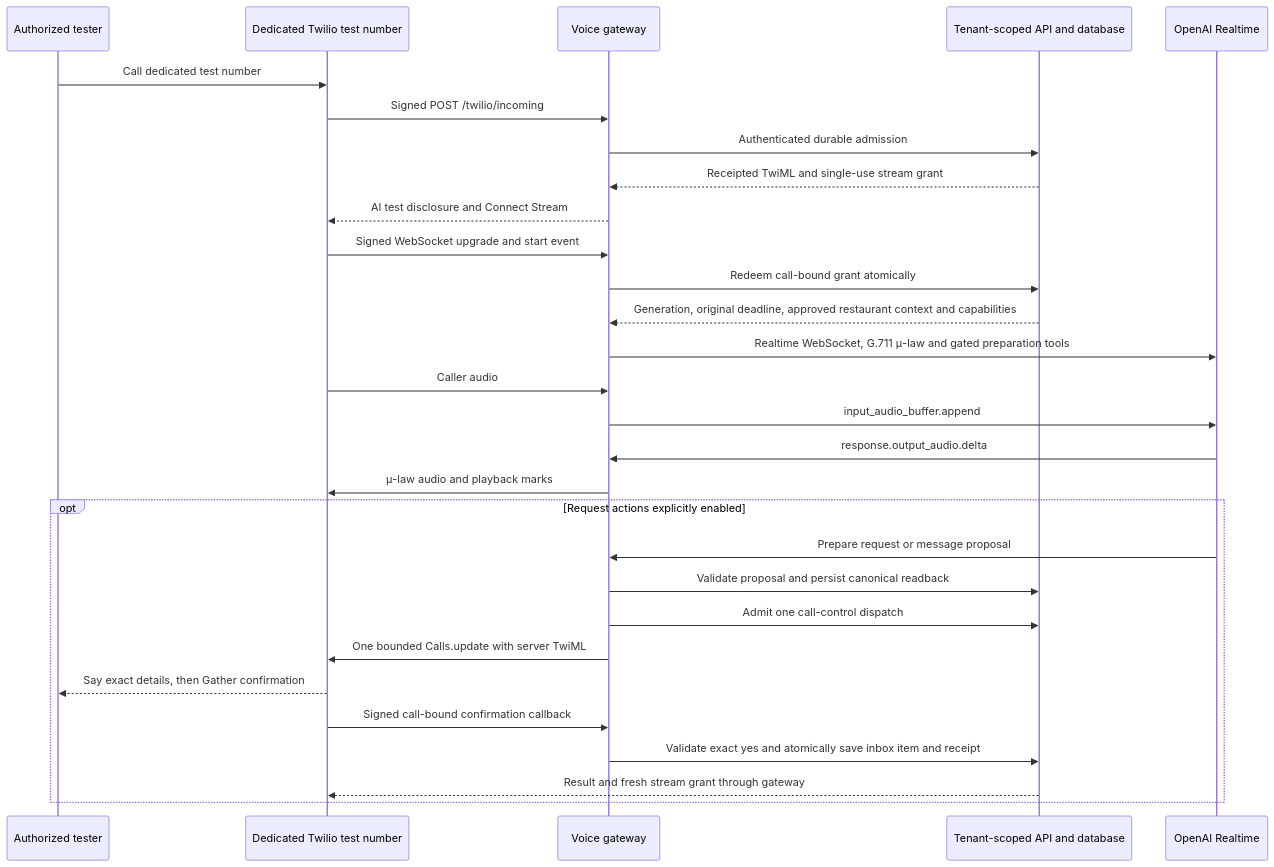
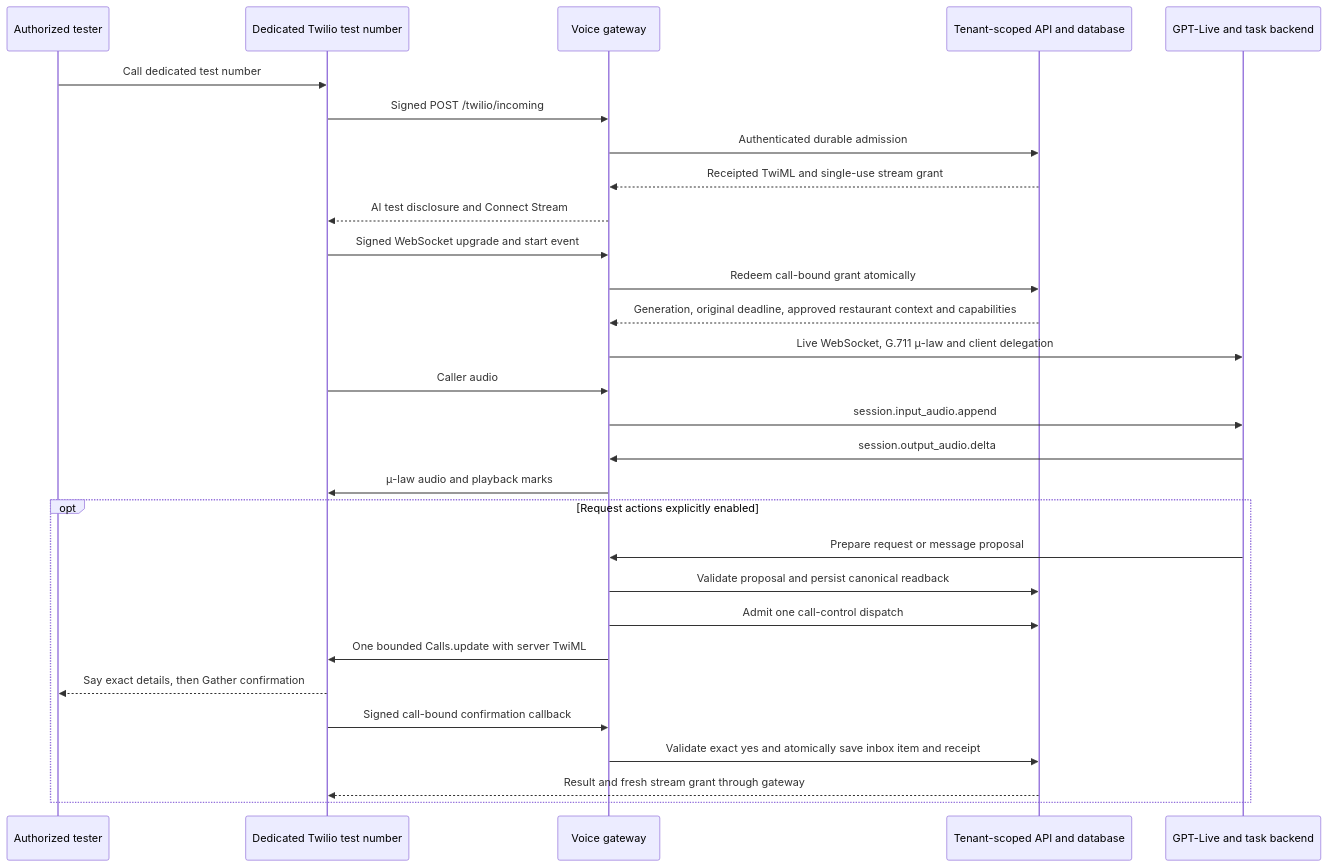
Before and after one commit to SahilWikhe/IVR_POC: the diagram in docs/VOICE_SETUP.md, drawn with Mermaid. The commit also changed other lines of this file and 12 other files, not shown here.

First line of the commit message:
feat: migrate phone sandbox to GPT-Live

````diff
--- a/docs/VOICE_SETUP.md
+++ b/docs/VOICE_SETUP.md
@@ -15,31 +15,31 @@
 ```mermaid
 sequenceDiagram
     participant Caller as Authorized tester
     participant Twilio as Dedicated Twilio test number
     participant Gateway as Voice gateway
     participant API as Tenant-scoped API and database
-    participant OpenAI as OpenAI Realtime
+    participant OpenAI as GPT-Live and task backend
     Caller->>Twilio: Call dedicated test number
     Twilio->>Gateway: Signed POST /twilio/incoming
     Gateway->>API: Authenticated durable admission
     API-->>Gateway: Receipted TwiML and single-use stream grant
     Gateway-->>Twilio: AI test disclosure and Connect Stream
     Twilio->>Gateway: Signed WebSocket upgrade and start event
     Gateway->>API: Redeem call-bound grant atomically
     API-->>Gateway: Generation, original deadline, approved restaurant context and capabilities
-    Gateway->>OpenAI: Realtime WebSocket, G.711 μ-law and gated preparation tools
+    Gateway->>OpenAI: Live WebSocket, G.711 μ-law and client delegation
     Twilio->>Gateway: Caller audio
-    Gateway->>OpenAI: input_audio_buffer.append
-    OpenAI->>Gateway: response.output_audio.delta
+    Gateway->>OpenAI: session.input_audio.append
+    OpenAI->>Gateway: session.output_audio.delta
     Gateway->>Twilio: μ-law audio and playback marks
     opt Request actions explicitly enabled
         OpenAI->>Gateway: Prepare request or message proposal
         Gateway->>API: Validate proposal and persist canonical readback
         Gateway->>API: Admit one call-control dispatch
         Gateway->>Twilio: One bounded Calls.update with server TwiML
         Twilio-->>Caller: Say exact details, then Gather confirmation
         Twilio->>Gateway: Signed call-bound confirmation callback
         Gateway->>API: Validate exact yes and atomically save inbox item and receipt
         API-->>Twilio: Result and fresh stream grant through gateway
     end
 ```
````
